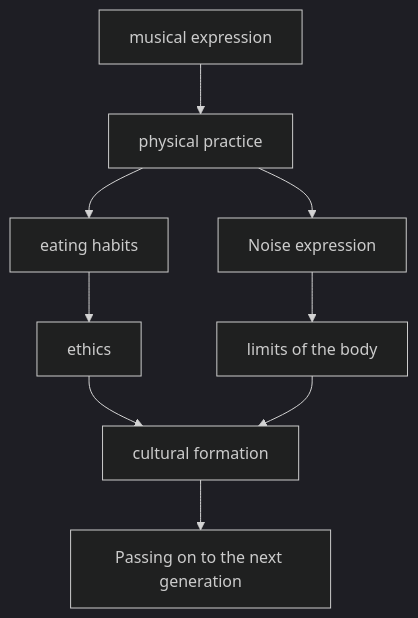
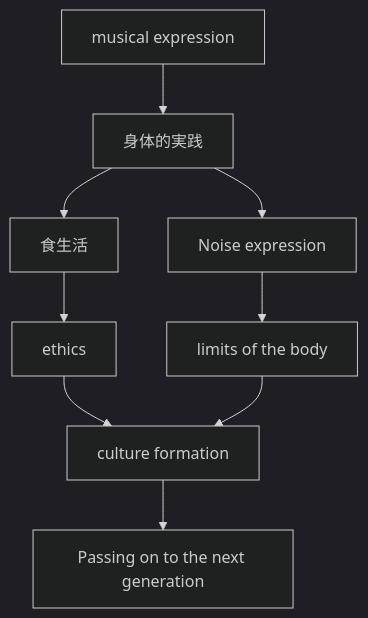
Before and after one commit to monumental-movement/monumental-movement.github.io: the second of 2 diagrams in en/_posts/2026-06-13-column-vegan-straight-edge-music.md, drawn with Mermaid (dark theme). The commit also changed other lines of this file and 2196 other files, not shown here.

```diff
--- a/en/_posts/2026-06-13-column-vegan-straight-edge-music.md
+++ b/en/_posts/2026-06-13-column-vegan-straight-edge-music.md
@@ -321,12 +321,12 @@
 <div class="mermaid">
 flowchart TD
-A[musical expression] --> B[physical practice]
-B --> C[eating habits]
+A[musical expression] --> B[身体的実践]
+B --> C[食生活]
 C --> D[ethics]
-D --> E[cultural formation]
+D --> E[culture formation]
 E --> F[Passing on to the next generation]
 
 B --> G[Noise expression]
 G --> H[limits of the body]
 H --> E
 </div>
```
